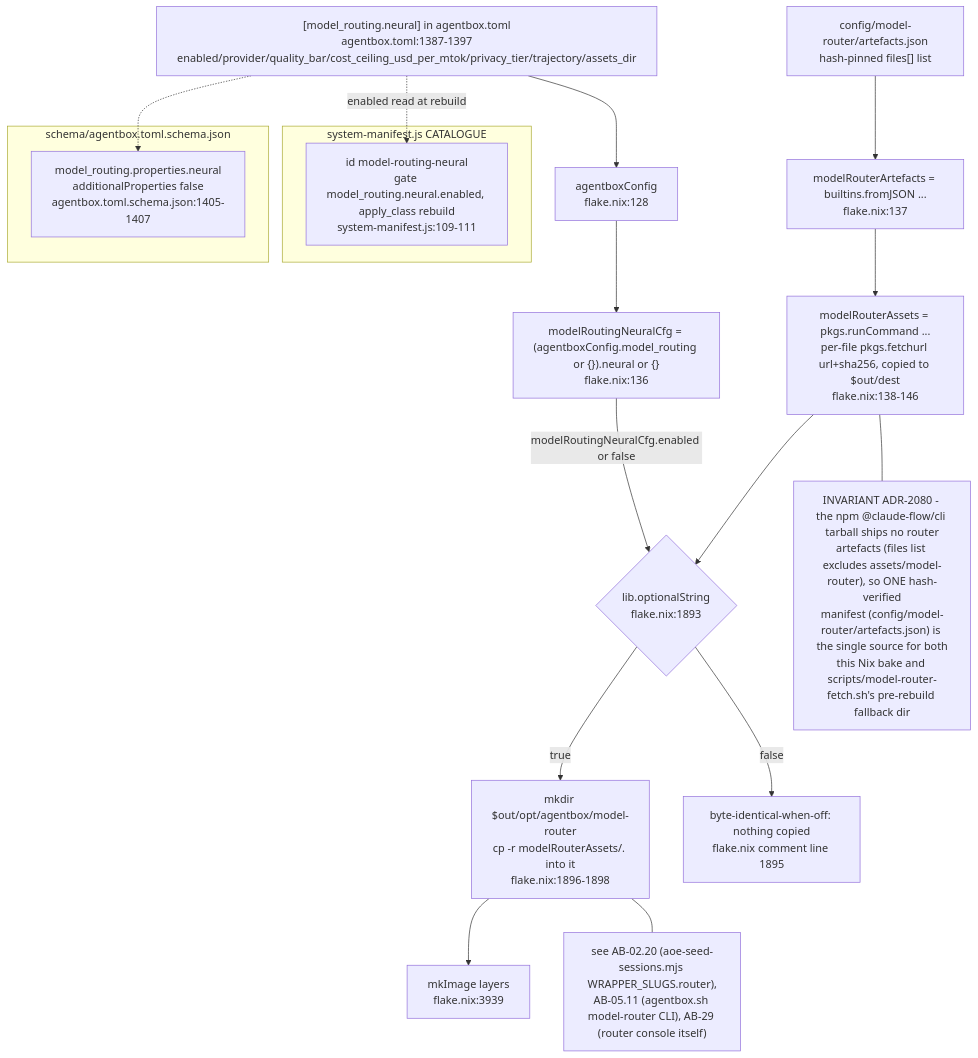
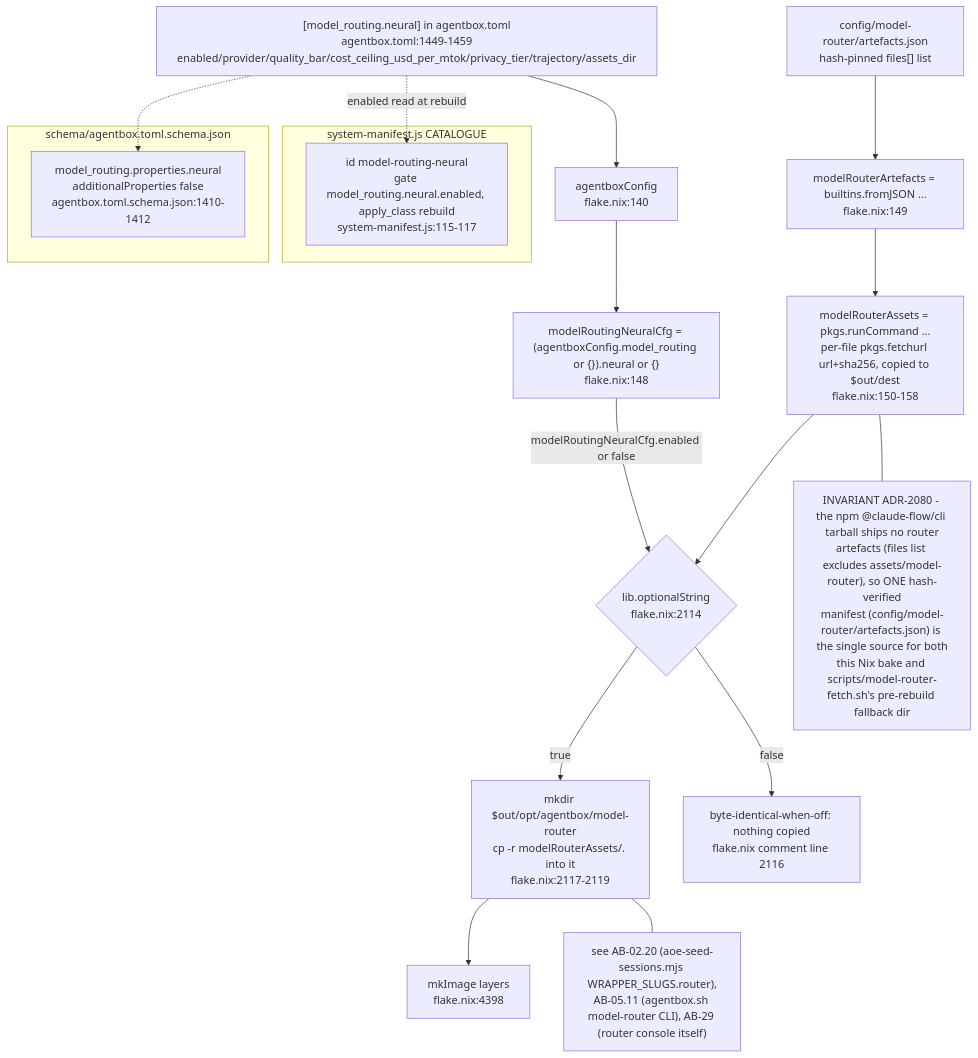
One commit to DreamLab-AI/VisionFlow changed the tenth of 10 diagrams in docs/diagrams/agentbox/01-nix-flake-composition.md. Above: the diagram before and after it, drawn with Mermaid. The commit also changed other lines of this file and 111 other files, not shown here.

Commit message:
docs(diagrams): align estate maps with current source

````diff
--- a/docs/diagrams/agentbox/01-nix-flake-composition.md
+++ b/docs/diagrams/agentbox/01-nix-flake-composition.md
@@ -445,29 +442,29 @@
 ```mermaid
 flowchart TB
-    TOML2["[model_routing.neural] in agentbox.toml<br/>agentbox.toml:1387-1397<br/>enabled/provider/quality_bar/cost_ceiling_usd_per_mtok/privacy_tier/trajectory/assets_dir"] --> CFG2["agentboxConfig<br/>flake.nix:128"]
-    CFG2 --> MRNCFG["modelRoutingNeuralCfg = (agentboxConfig.model_routing or {}).neural or {}<br/>flake.nix:136"]
-    ARTJSON["config/model-router/artefacts.json<br/>hash-pinned files[] list"] --> MRNFETCH["modelRouterArtefacts = builtins.fromJSON ...<br/>flake.nix:137"]
-    MRNFETCH --> MRNASSETS["modelRouterAssets = pkgs.runCommand ...<br/>per-file pkgs.fetchurl url+sha256, copied to $out/dest<br/>flake.nix:138-146"]
+    TOML2["[model_routing.neural] in agentbox.toml<br/>agentbox.toml:1449-1459<br/>enabled/provider/quality_bar/cost_ceiling_usd_per_mtok/privacy_tier/trajectory/assets_dir"] --> CFG2["agentboxConfig<br/>flake.nix:140"]
+    CFG2 --> MRNCFG["modelRoutingNeuralCfg = (agentboxConfig.model_routing or {}).neural or {}<br/>flake.nix:148"]
+    ARTJSON["config/model-router/artefacts.json<br/>hash-pinned files[] list"] --> MRNFETCH["modelRouterArtefacts = builtins.fromJSON ...<br/>flake.nix:149"]
+    MRNFETCH --> MRNASSETS["modelRouterAssets = pkgs.runCommand ...<br/>per-file pkgs.fetchurl url+sha256, copied to $out/dest<br/>flake.nix:150-158"]
 
-    MRNCFG -->|"modelRoutingNeuralCfg.enabled or false"| GATE{"lib.optionalString<br/>flake.nix:1893"}
+    MRNCFG -->|"modelRoutingNeuralCfg.enabled or false"| GATE{"lib.optionalString<br/>flake.nix:2114"}
     MRNASSETS --> GATE
-    GATE -->|true| BAKE["mkdir $out/opt/agentbox/model-router<br/>cp -r modelRouterAssets/. into it<br/>flake.nix:1896-1898"]
-    GATE -->|false| SKIP["byte-identical-when-off: nothing copied<br/>flake.nix comment line 1895"]
-    BAKE --> ALLPKG2["mkImage layers<br/>flake.nix:3939"]
+    GATE -->|true| BAKE["mkdir $out/opt/agentbox/model-router<br/>cp -r modelRouterAssets/. into it<br/>flake.nix:2117-2119"]
+    GATE -->|false| SKIP["byte-identical-when-off: nothing copied<br/>flake.nix comment line 2116"]
+    BAKE --> ALLPKG2["mkImage layers<br/>flake.nix:4398"]
 
     subgraph MANIFEST2["system-manifest.js CATALOGUE"]
-        MRNENTRY["id model-routing-neural<br/>gate model_routing.neural.enabled, apply_class rebuild<br/>system-manifest.js:109-111"]
+        MRNENTRY["id model-routing-neural<br/>gate model_routing.neural.enabled, apply_class rebuild<br/>system-manifest.js:115-117"]
     end
     TOML2 -.->|"enabled read at rebuild"| MRNENTRY
 
     subgraph SCHEMA2["schema/agentbox.toml.schema.json"]
-        NEURALSCHEMA["model_routing.properties.neural<br/>additionalProperties false<br/>agentbox.toml.schema.json:1405-1407"]
+        NEURALSCHEMA["model_routing.properties.neural<br/>additionalProperties false<br/>agentbox.toml.schema.json:1410-1412"]
     end
     TOML2 -.-> NEURALSCHEMA
 
     NOTE1["INVARIANT ADR-2080 - the npm @claude-flow/cli tarball ships no router<br/>artefacts (files list excludes assets/model-router), so ONE hash-verified<br/>manifest (config/model-router/artefacts.json) is the single source for both<br/>this Nix bake and scripts/model-router-fetch.sh's pre-rebuild fallback dir"]
     MRNASSETS --- NOTE1
 
     NOTE2["see AB-02.20 (aoe-seed-sessions.mjs WRAPPER_SLUGS.router),<br/>AB-05.11 (agentbox.sh model-router CLI), AB-29 (router console itself)"]
     BAKE --- NOTE2
 ```
````
